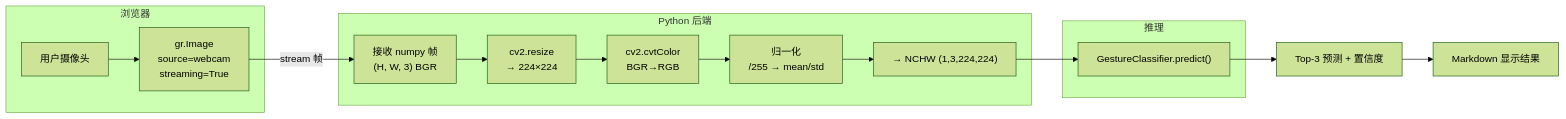
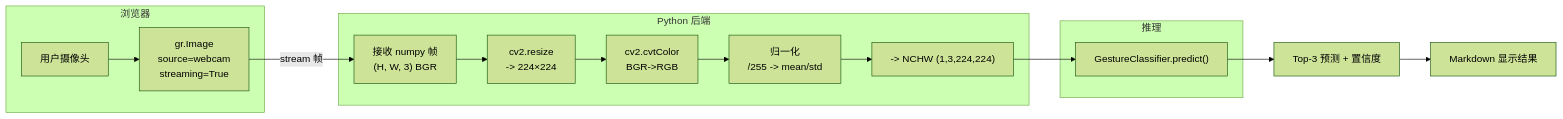
The fifth of 7 diagrams in src/experiment/case8.md (zhouxzh/Ascend310), drawn with Mermaid (forest theme) before and after one commit. The commit also changed other lines of this file and 51 other files, not shown here.

````diff
--- a/src/experiment/case8.md
+++ b/src/experiment/case8.md
@@ -355,22 +355,22 @@
 ```mermaid
 flowchart LR
     subgraph BROWSER["浏览器"]
         WEBCAM["用户摄像头"] --> GR_IMAGE["gr.Image\nsource=webcam\nstreaming=True"]
     end
 
     subgraph BACKEND["Python 后端"]
         RECEIVE["接收 numpy 帧\n(H, W, 3) BGR"]
-        RECEIVE --> RESIZE["cv2.resize\n→ 224×224"]
-        RESIZE --> RGB["cv2.cvtColor\nBGR→RGB"]
-        RGB --> NORM["归一化\n/255 → mean/std"]
-        NORM --> TENSOR["→ NCHW (1,3,224,224)"]
+        RECEIVE --> RESIZE["cv2.resize\n-> 224×224"]
+        RESIZE --> RGB["cv2.cvtColor\nBGR->RGB"]
+        RGB --> NORM["归一化\n/255 -> mean/std"]
+        NORM --> TENSOR["-> NCHW (1,3,224,224)"]
     end
 
     subgraph INFER["推理"]
         TENSOR --> PREDICT["GestureClassifier.predict()"]
     end
 
     GR_IMAGE -->|"stream 帧"| RECEIVE
     PREDICT --> RESULT["Top-3 预测 + 置信度"]
     RESULT --> DISPLAY["Markdown 显示结果"]
 ```
````
